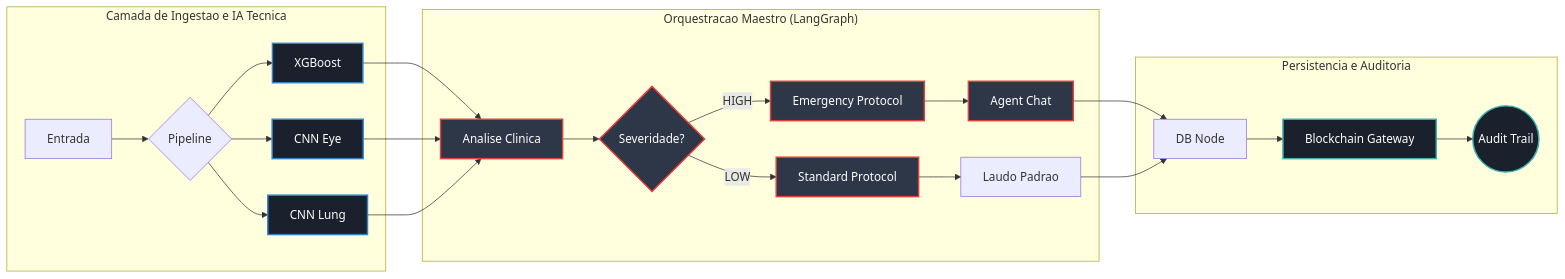
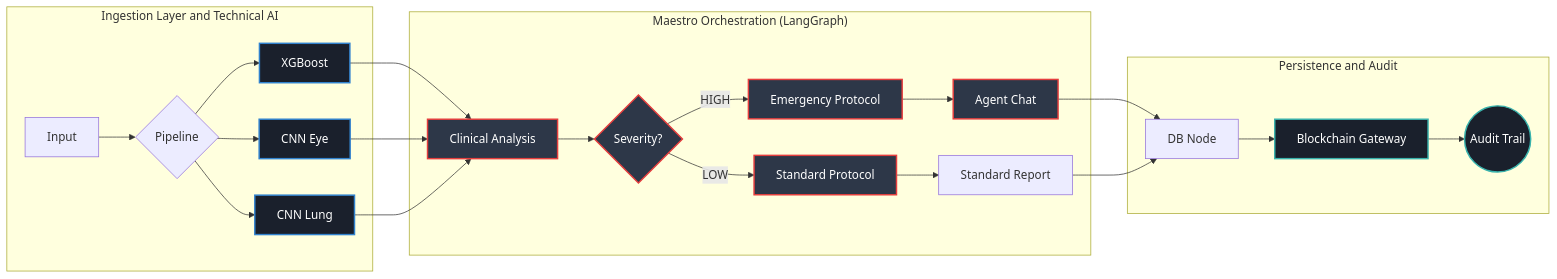
The third of 3 diagrams in README.md (bisnet0/EpiScope---Disease-Data-Analyzer), drawn with Mermaid before and after one commit. The commit also changed other lines of this file, not shown here.

````diff
--- a/README.md
+++ b/README.md
@@ -83,35 +83,35 @@
 ```mermaid
 
 graph LR
-    %% Estilização
+    %% Styling
     classDef tech fill:#1a202c,stroke:#3182ce,stroke-width:2px,color:#fff;
     classDef agent fill:#2d3748,stroke:#e53e3e,stroke-width:2px,color:#fff;
     classDef blockchain fill:#1a202c,stroke:#38b2ac,stroke-width:2px,color:#fff;
 
-    subgraph "Camada de Ingestao e IA Tecnica"
-        A[Entrada] --> B{Pipeline}
+    subgraph "Ingestion Layer and Technical AI"
+        A[Input] --> B{Pipeline}
         B --> B1[XGBoost]
         B --> B2[CNN Eye]
         B --> B3[CNN Lung]
     end
 
-    subgraph "Orquestracao Maestro (LangGraph)"
-        B1 & B2 & B3 --> C[Analise Clinica]
-        C --> D{Severidade?}
+    subgraph "Maestro Orchestration (LangGraph)"
+        B1 & B2 & B3 --> C[Clinical Analysis]
+        C --> D{Severity?}
         D -- "HIGH" --> E[Emergency Protocol]
         D -- "LOW" --> F[Standard Protocol]
         E --> G[Agent Chat]
-        F --> H[Laudo Padrao]
+        F --> H[Standard Report]
     end
 
-    subgraph "Persistencia e Auditoria"
+    subgraph "Persistence and Audit"
         G & H --> I[DB Node]
         I --> J[Blockchain Gateway]
         J --> K((Audit Trail))
     end
 
-    %% Aplicando Classes
+    %% Applying Classes
     class B1,B2,B3 tech;
     class C,D,E,F,G agent;
     class J,K blockchain;
 ```
````
